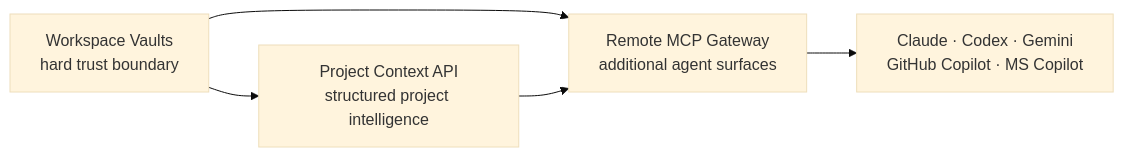
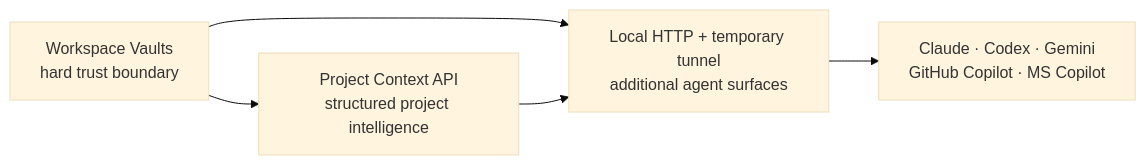
Before and after one commit to dimosgit/grounded-knowledge-engine: the diagram in docs/prompt/2026-06-21-consultant-features-roadmap.md, drawn with Mermaid (base theme). The commit also changed other lines of this file and 5 other files, not shown here.

Commit message:
docs: refine consultant feature roadmap after peer review

````diff
--- a/docs/prompt/2026-06-21-consultant-features-roadmap.md
+++ b/docs/prompt/2026-06-21-consultant-features-roadmap.md
@@ -34,12 +34,12 @@
 ```mermaid
 flowchart LR
     W[Workspace Vaults<br/>hard trust boundary]
     P[Project Context API<br/>structured project intelligence]
-    R[Remote MCP Gateway<br/>additional agent surfaces]
+    R[Local HTTP + temporary tunnel<br/>additional agent surfaces]
     C[Claude · Codex · Gemini<br/>GitHub Copilot · MS Copilot]
 
     W --> P
     W --> R
     P --> R
     R --> C
 ```
````
